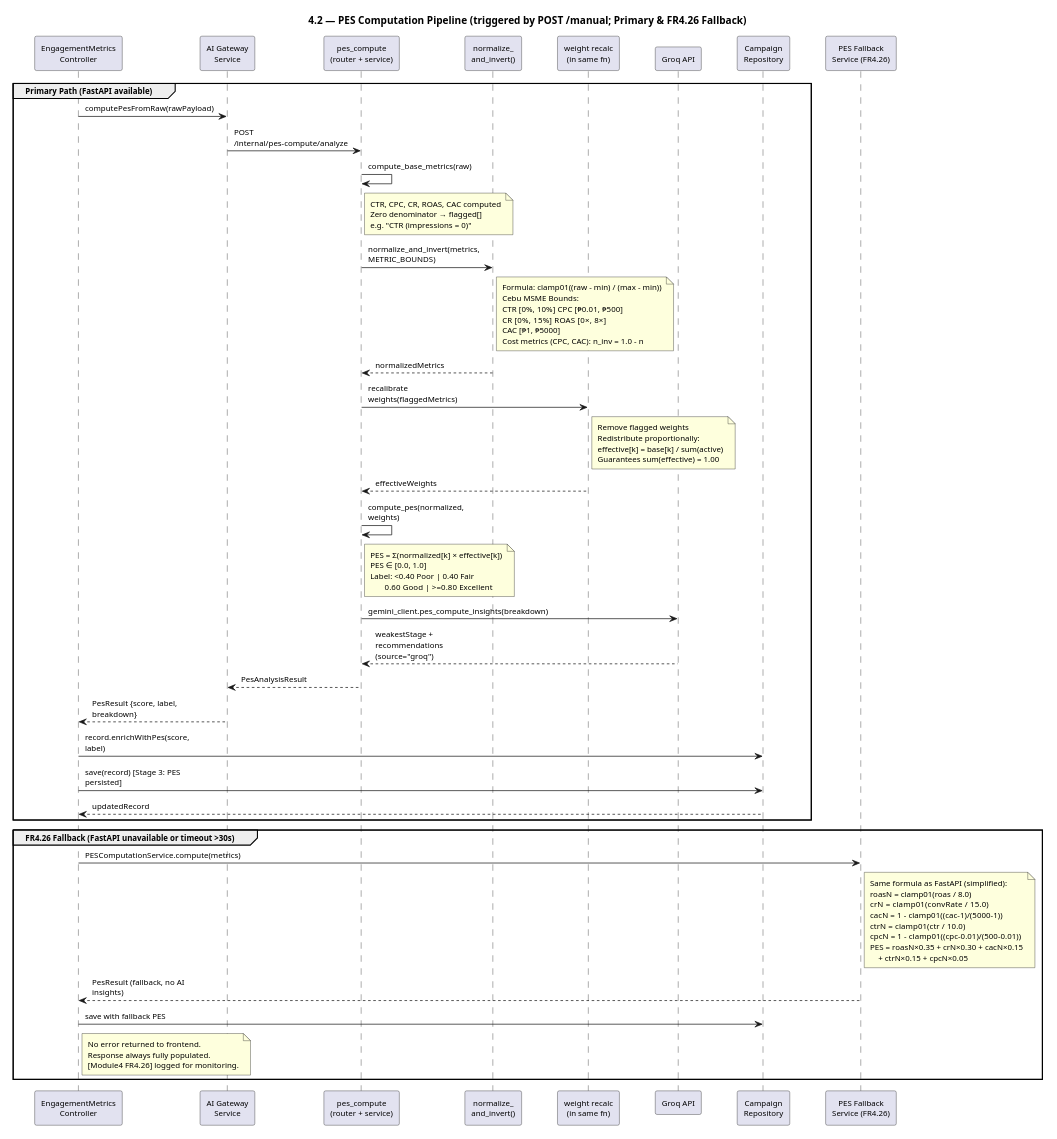
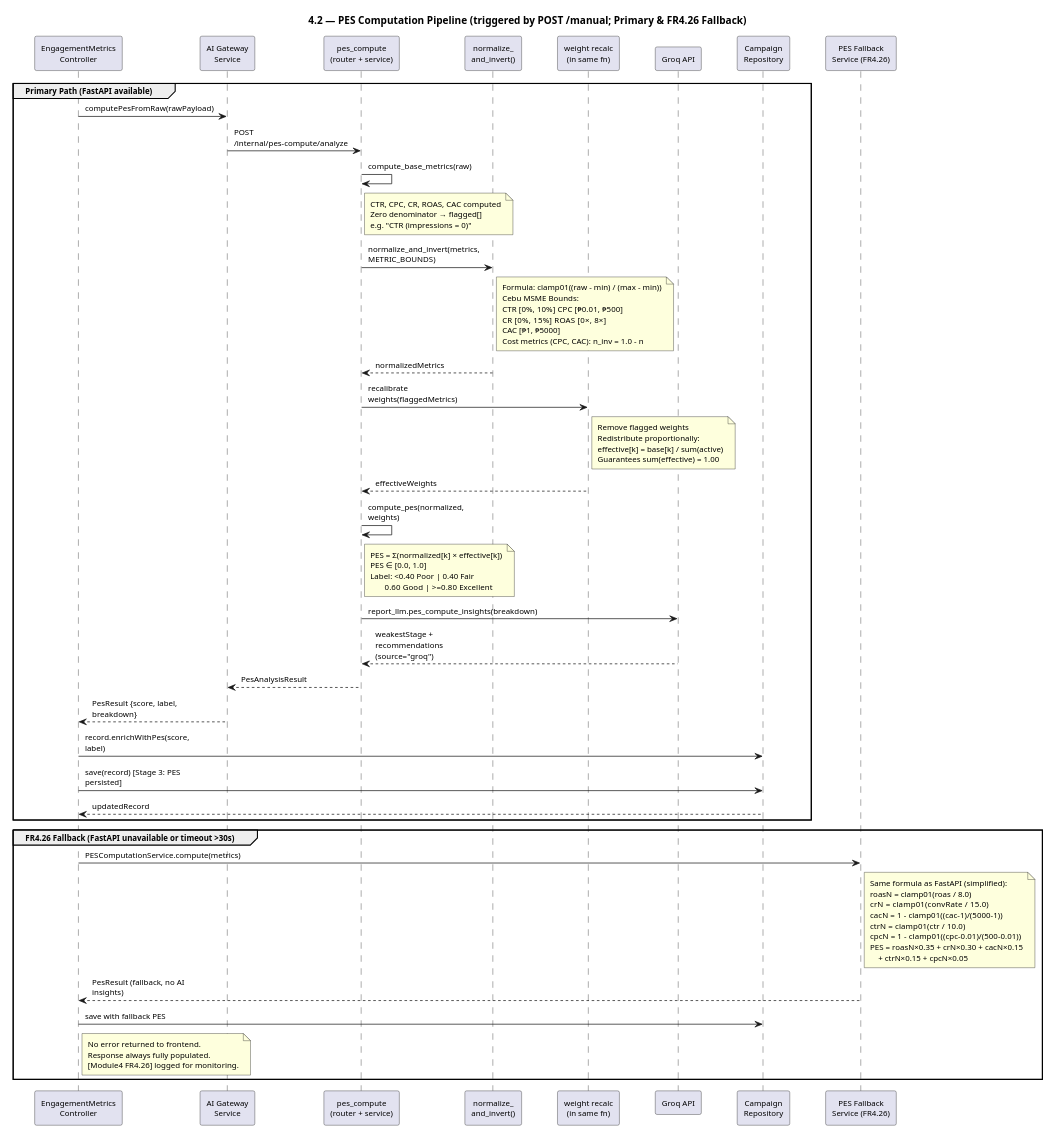
Before and after one commit to SherieHub/CeView: the diagram in docs/module-4/module-4.2/sequence.puml, drawn with PlantUML. The commit also changed 148 other files, not shown here.

```diff
--- a/docs/module-4/module-4.2/sequence.puml
+++ b/docs/module-4/module-4.2/sequence.puml
@@ -1,90 +1,90 @@
 @startuml
 skinparam defaultFontSize 11
 scale max 800 width
 skinparam padding 2
 skinparam ParticipantPadding 20
 skinparam maxMessageSize 150
 
 title 4.2 — PES Computation Pipeline (triggered by POST /manual; Primary & FR4.26 Fallback)
 
 participant "EngagementMetrics\nController" as AC
 participant "AI Gateway\nService" as AIS
 participant "pes_compute\n(router + service)" as FPS
 participant "normalize_\nand_invert()" as NE
 participant "weight recalc\n(in same fn)" as WR
 participant "Groq API" as Groq
 participant "Campaign\nRepository" as Repo
 participant "PES Fallback\nService (FR4.26)" as FB
 
 group Primary Path (FastAPI available)
   AC -> AIS: computePesFromRaw(rawPayload)
   AIS -> FPS: POST /internal/pes-compute/analyze
 
   FPS -> FPS: compute_base_metrics(raw)
   note right of FPS
     CTR, CPC, CR, ROAS, CAC computed
     Zero denominator → flagged[]
     e.g. "CTR (impressions = 0)"
   end note
 
   FPS -> NE: normalize_and_invert(metrics, METRIC_BOUNDS)
   note right of NE
     Formula: clamp01((raw - min) / (max - min))
     Cebu MSME Bounds:
     CTR [0%, 10%]  CPC [₱0.01, ₱500]
     CR  [0%, 15%]  ROAS [0×, 8×]
     CAC [₱1, ₱5000]
     Cost metrics (CPC, CAC): n_inv = 1.0 - n
   end note
   NE --> FPS: normalizedMetrics
 
   FPS -> WR: recalibrate weights(flaggedMetrics)
   note right of WR
     Remove flagged weights
     Redistribute proportionally:
     effective[k] = base[k] / sum(active)
     Guarantees sum(effective) = 1.00
   end note
   WR --> FPS: effectiveWeights
 
   FPS -> FPS: compute_pes(normalized, weights)
   note right of FPS
     PES = Σ(normalized[k] × effective[k])
     PES ∈ [0.0, 1.0]
     Label: <0.40 Poor | 0.40 Fair
            0.60 Good  | >=0.80 Excellent
   end note
 
-  FPS -> Groq: gemini_client.pes_compute_insights(breakdown)
+  FPS -> Groq: report_llm.pes_compute_insights(breakdown)
   Groq --> FPS: weakestStage + recommendations (source="groq")
 
   FPS --> AIS: PesAnalysisResult
   AIS --> AC: PesResult {score, label, breakdown}
 
   AC -> Repo: record.enrichWithPes(score, label)
   AC -> Repo: save(record) [Stage 3: PES persisted]
   Repo --> AC: updatedRecord
 end
 
 group FR4.26 Fallback (FastAPI unavailable or timeout >30s)
   AC -> FB: PESComputationService.compute(metrics)
   note right of FB
     Same formula as FastAPI (simplified):
     roasN = clamp01(roas / 8.0)
     crN   = clamp01(convRate / 15.0)
     cacN  = 1 - clamp01((cac-1)/(5000-1))
     ctrN  = clamp01(ctr / 10.0)
     cpcN  = 1 - clamp01((cpc-0.01)/(500-0.01))
     PES = roasN×0.35 + crN×0.30 + cacN×0.15
         + ctrN×0.15 + cpcN×0.05
   end note
   FB --> AC: PesResult (fallback, no AI insights)
   AC -> Repo: save with fallback PES
   note right of AC
     No error returned to frontend.
     Response always fully populated.
     [Module4 FR4.26] logged for monitoring.
   end note
 end
 
 @enduml
```
